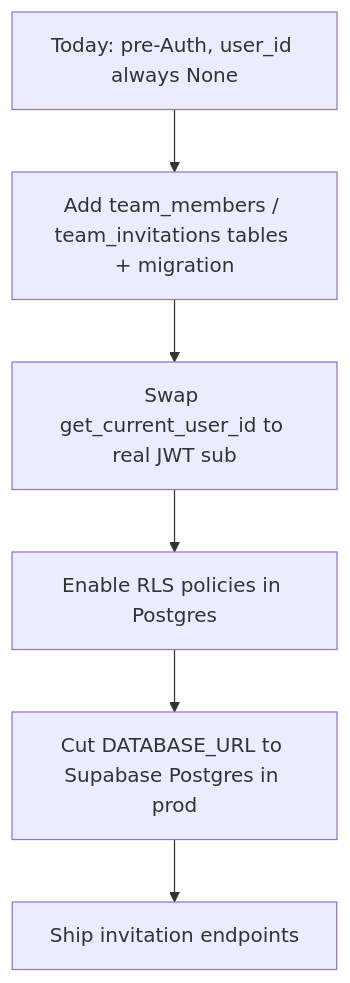
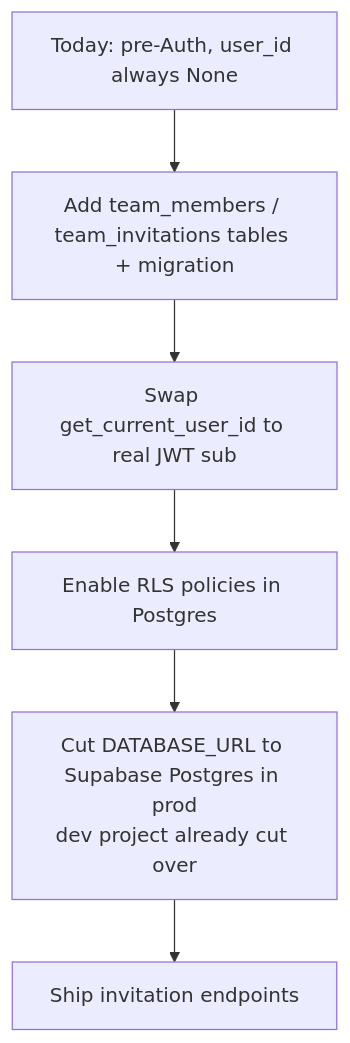
One commit to LasterBergamot/lineup changed the second of 2 diagrams in documentation/Roadmap-Backend.md. Above: the diagram before and after it, drawn with Mermaid. The commit also changed other lines of this file and 16 other files, not shown here.

First line of the commit message:
Point the dev environment at Supabase Postgres via DATABASE_URL (#6)

````diff
--- a/documentation/Roadmap-Backend.md
+++ b/documentation/Roadmap-Backend.md
@@ -68,8 +75,8 @@
 ```mermaid
 flowchart TD
     A[Today: pre-Auth, user_id always None] --> B[Add team_members / team_invitations tables + migration]
     B --> C[Swap get_current_user_id to real JWT sub]
     C --> D[Enable RLS policies in Postgres]
-    D --> E[Cut DATABASE_URL to Supabase Postgres in prod]
+    D --> E[Cut DATABASE_URL to Supabase Postgres in prod<br/>dev project already cut over]
     E --> F[Ship invitation endpoints]
 ```
````
